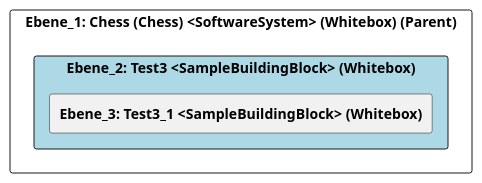
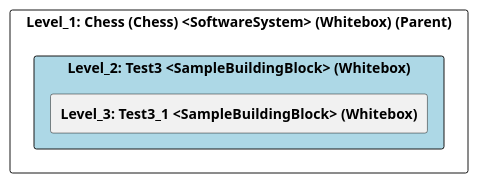
The diagram in src/cleon.architecturemethods.arc42.sample/doc/cleon_architecturemethods_arc42_sample_arc42/adoc/de/05_bausteinsicht/chess/test3/ebene_2_test3.adoc (marcozwyssig/cleon), drawn with PlantUML before and after one commit. The commit also changed other lines of this file and 83 other files, not shown here.

```diff
--- a/src/cleon.architecturemethods.arc42.sample/doc/cleon_architecturemethods_arc42_sample_arc42/adoc/de/05_bausteinsicht/chess/test3/ebene_2_test3.adoc
+++ b/src/cleon.architecturemethods.arc42.sample/doc/cleon_architecturemethods_arc42_sample_arc42/adoc/de/05_bausteinsicht/chess/test3/ebene_2_test3.adoc
@@ -21,24 +21,24 @@
-[plantuml, Ebene_2: Test3 <SampleBuildingBlock> (Whitebox)BlockOverview, format="svg"]
+[plantuml, Level_2: Test3 <SampleBuildingBlock> (Whitebox)BlockOverview, format="svg"]
 ----
-@startuml Ebene_2: Test3 <SampleBuildingBlock> (Whitebox)BuildingBlockOverview
+@startuml Level_2: Test3 <SampleBuildingBlock> (Whitebox)BuildingBlockOverview
 
 skinparam ranksep 10
 skinparam componentStyle rectangle
 skinparam shadowing false
 skinparam arrowColor lightblue
 skinparam arrowThickness 1.2
 skinparam rectangle {
   BackgroundColor White
   BorderColor #333
   RoundCorner 10
 }
 top to bottom direction
 
-component "Ebene_1: Chess (Chess) <SoftwareSystem> (Whitebox) (Parent)" {
-    component "Ebene_2: Test3 <SampleBuildingBlock> (Whitebox)" #lightblue {
-        [**Ebene_3: Test3_1 <SampleBuildingBlock> (Whitebox)**] as 489CD281_D579_11EE_903E_9F564E4DE07E
+component "Level_1: Chess (Chess) <SoftwareSystem> (Whitebox) (Parent)" {
+    component "Level_2: Test3 <SampleBuildingBlock> (Whitebox)" #lightblue {
+        [**Level_3: Test3_1 <SampleBuildingBlock> (Whitebox)**] as 489CD281_D579_11EE_903E_9F564E4DE07E
     }
 }
 
 @enduml
 ----
```
